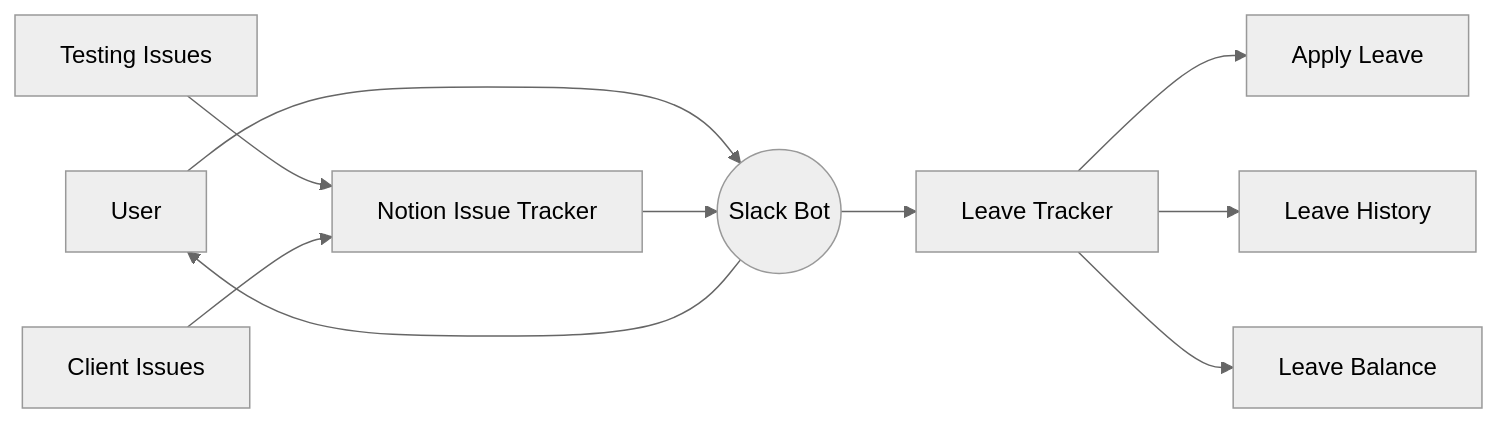
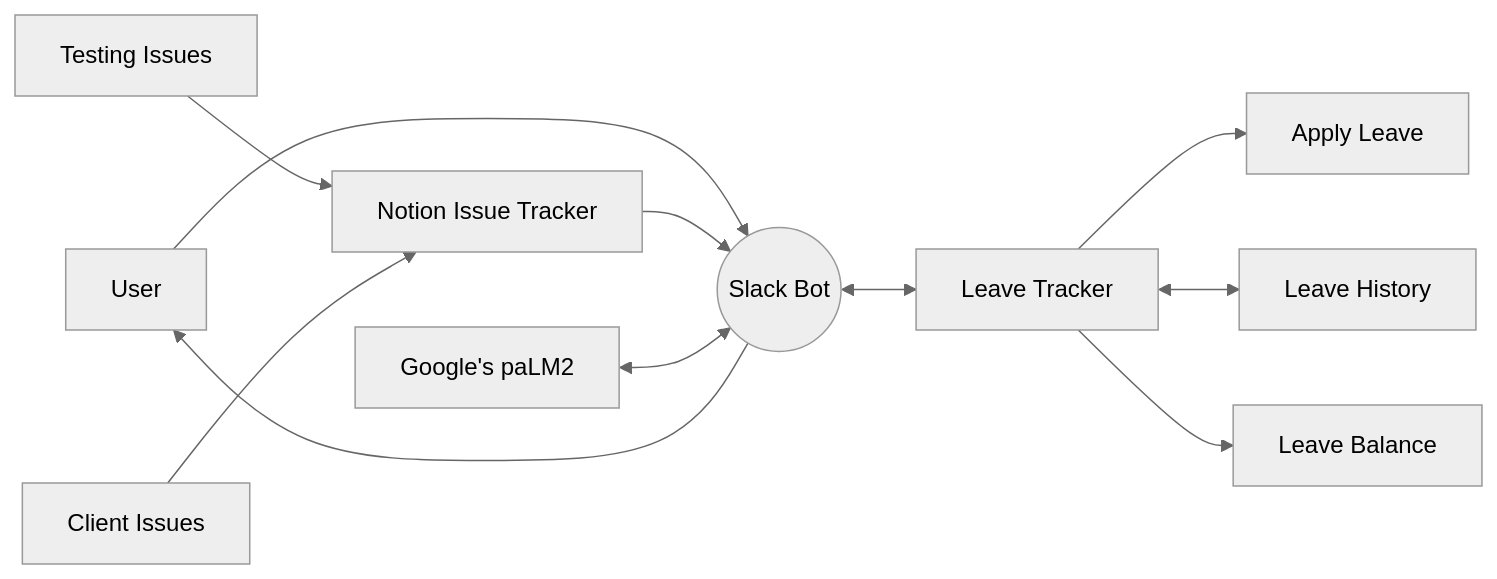
One commit to mysterious-shailendr/powercred-slack-bot changed the diagram in README.md. Above: the diagram before and after it, drawn with Mermaid (neutral theme).

````diff
--- a/README.md
+++ b/README.md
@@ -24,12 +24,15 @@
 ```mermaid
 graph LR
-A[User] --> B((Slack Bot)) ---> A
-B --> C[Leave Tracker]
+A[User] ---> B((Slack Bot)) ---> A
+B <--> C[Leave Tracker]
 C --> D[Apply Leave]
-C --> E[Leave History]
+C <--> E[Leave History]
 C --> F[Leave Balance]
 
 G[Notion Issue Tracker] --> B
 H[Testing Issues] --> G
 I[Client Issues] --> G
+
+J[Google's paLM2] <--> B
+
 ```
````
